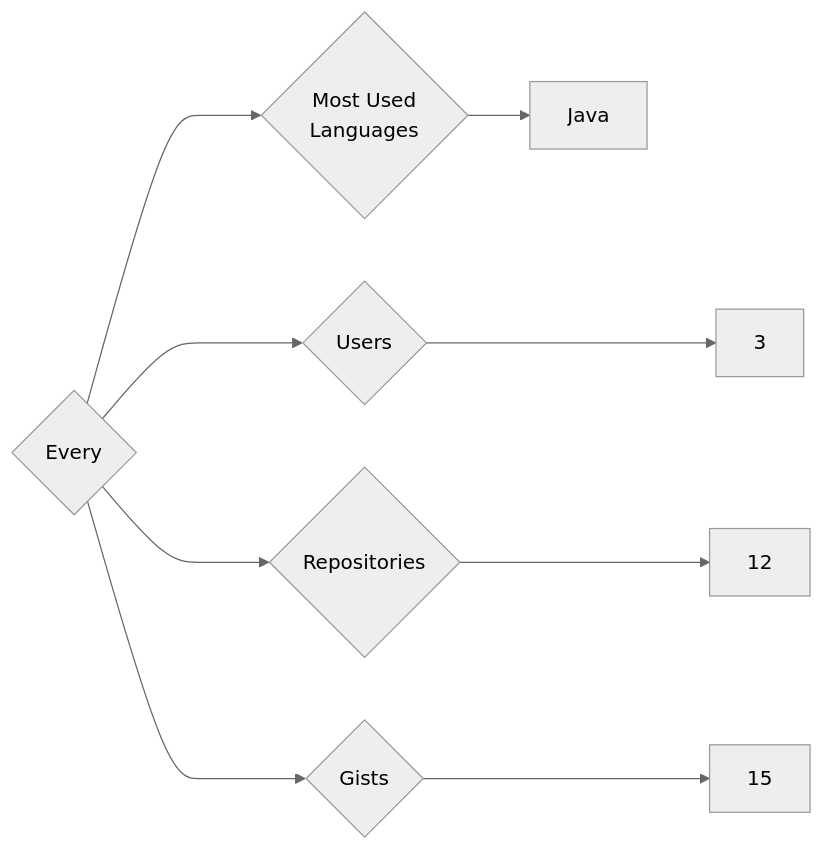
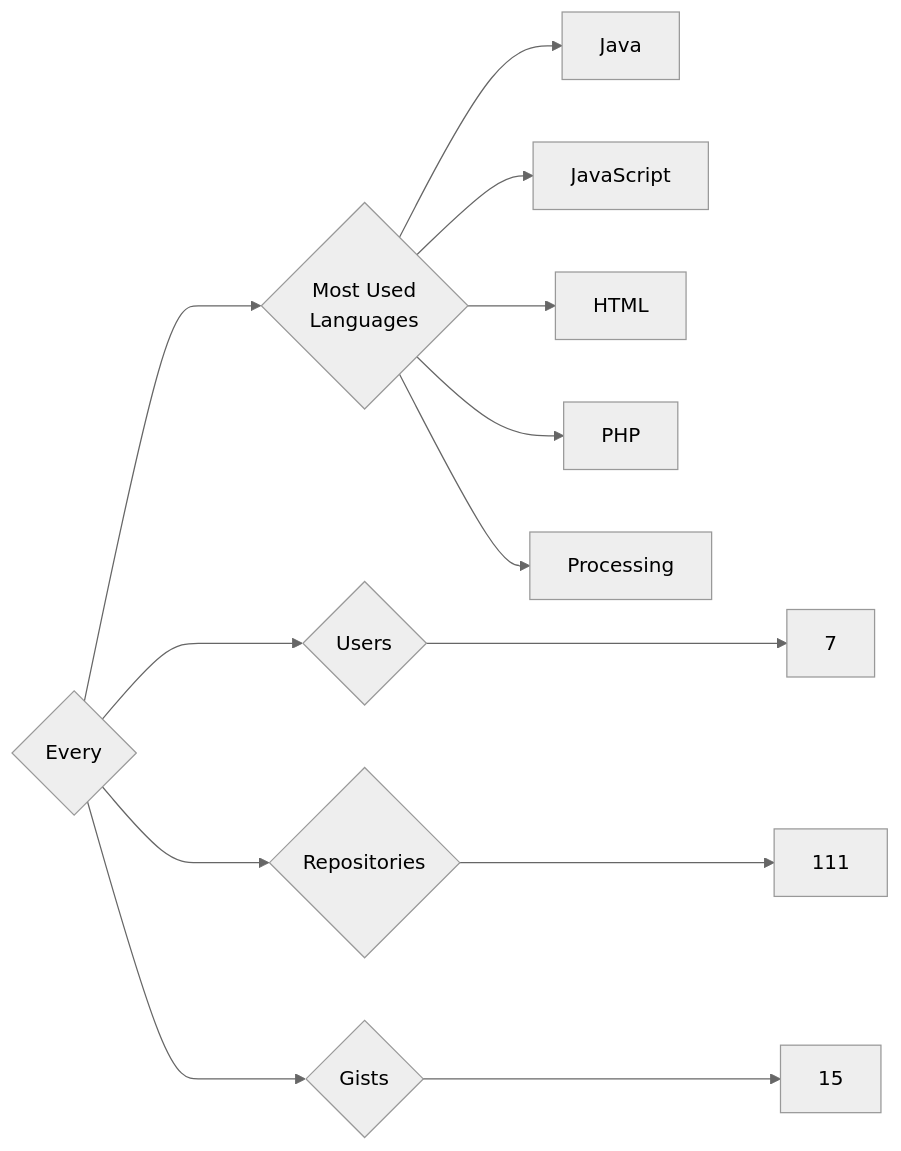
Before and after one commit to trickest/insiders: the diagram in targets/Every/README.md, drawn with Mermaid (neutral theme). The commit also changed 723 other files, not shown here.

````diff
--- a/targets/Every/README.md
+++ b/targets/Every/README.md
@@ -3,9 +3,13 @@
 ```mermaid
 graph LR
 COMPANY_NAME{Every}
-COMPANY_NAME ---> U{Users} ---> UN[3]
-COMPANY_NAME ---> R{Repositories} ---> RN[12]
+COMPANY_NAME ---> U{Users} ---> UN[7]
+COMPANY_NAME ---> R{Repositories} ---> RN[111]
 COMPANY_NAME ---> G{Gists} ---> GN[15]
 COMPANY_NAME ---> ML{Most Used<br>Languages}
 ML --> Java[Java]
+ML --> JavaScript[JavaScript]
+ML --> HTML[HTML]
+ML --> PHP[PHP]
+ML --> Processing[Processing]
 ```
````
